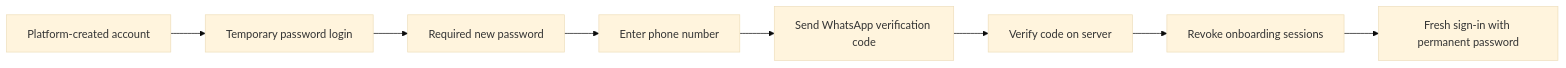
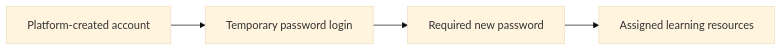
One commit to LokeshPrudhvi/otp-slate changed the second of 2 diagrams in docs/production-architecture.md. Above: the diagram before and after it, drawn with Mermaid (base theme). The commit also changed other lines of this file and 121 other files, not shown here.

Commit message:
Release password-only onboarding and native student support

````diff
--- a/docs/production-architecture.md
+++ b/docs/production-architecture.md
@@ -142,10 +141,6 @@
 ```mermaid
 flowchart LR
   C[Platform-created account] --> L[Temporary password login]
   L --> P[Required new password]
-  P --> N[Enter phone number]
-  N --> W[Send WhatsApp verification code]
-  W --> V[Verify code on server]
-  V --> R[Revoke onboarding sessions]
-  R --> A[Fresh sign-in with permanent password]
+  P --> A[Assigned learning resources]
 ```
````
